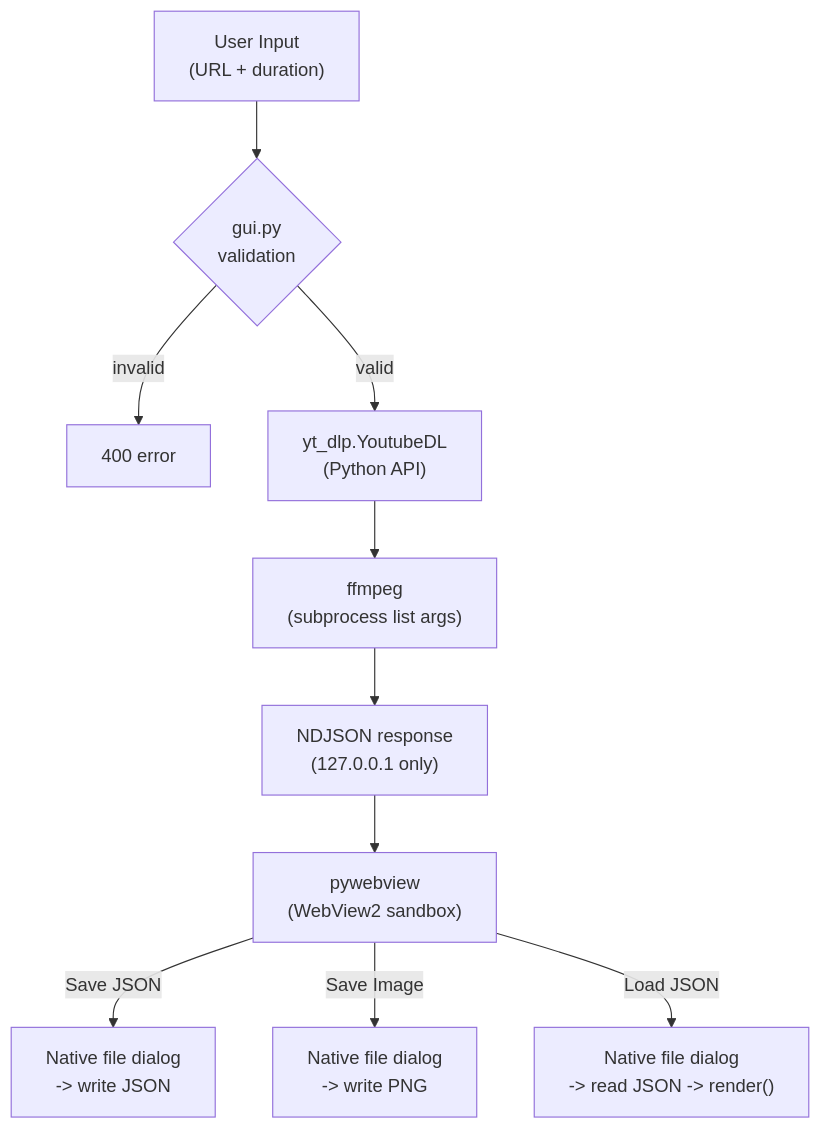
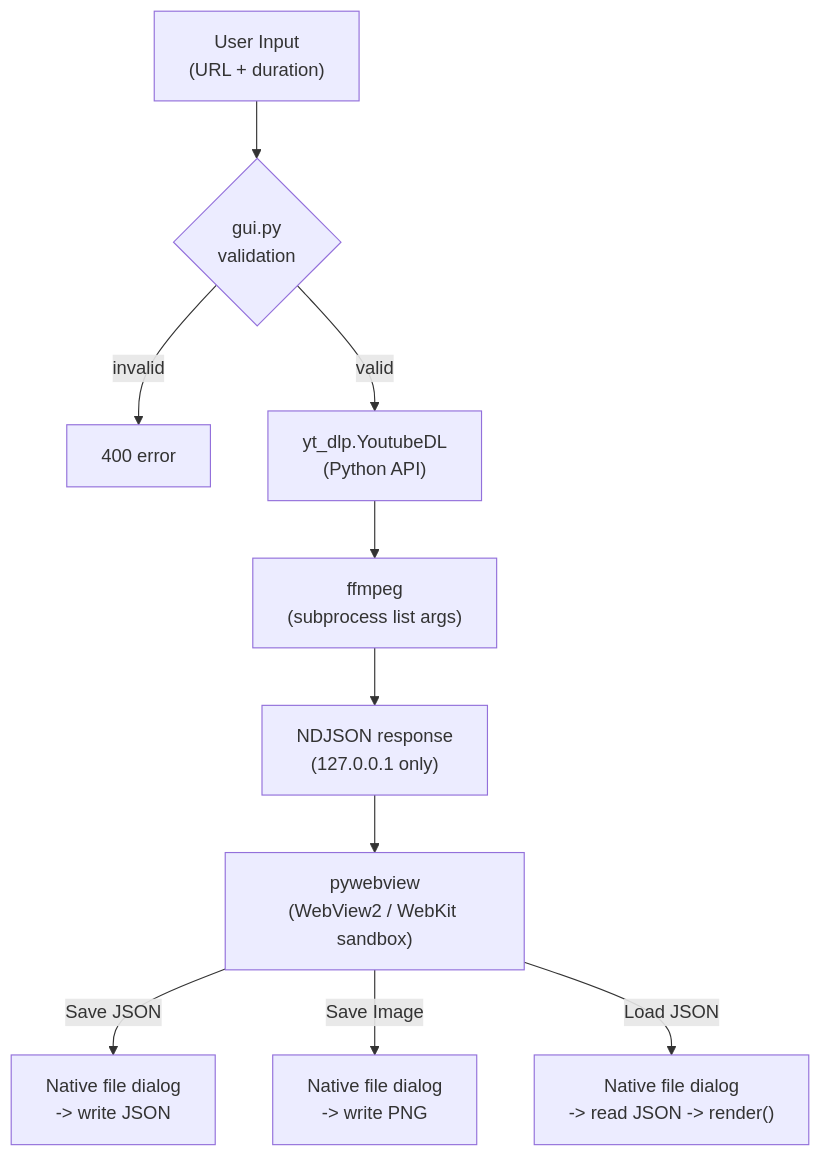
The diagram in docs/security-audit.md (semnil/analyze-loudness), drawn with Mermaid before and after one commit. The commit also changed other lines of this file and 4 other files, not shown here.

Commit message:
docs: bring README and the architecture and audit documents up to date with the code

````diff
--- a/docs/security-audit.md
+++ b/docs/security-audit.md
@@ -276,12 +276,12 @@
 ```mermaid
 graph TD
     A["User Input<br/>(URL + duration)"] --> B{"gui.py<br/>validation"}
     B -->|"invalid"| C["400 error"]
     B -->|"valid"| D["yt_dlp.YoutubeDL<br/>(Python API)"]
     D --> E["ffmpeg<br/>(subprocess list args)"]
     E --> F["NDJSON response<br/>(127.0.0.1 only)"]
-    F --> G["pywebview<br/>(WebView2 sandbox)"]
+    F --> G["pywebview<br/>(WebView2 / WebKit sandbox)"]
     G -->|"Save JSON"| H["Native file dialog<br/>-> write JSON"]
     G -->|"Save Image"| I["Native file dialog<br/>-> write PNG"]
     G -->|"Load JSON"| J["Native file dialog<br/>-> read JSON -> render()"]
 ```
````
